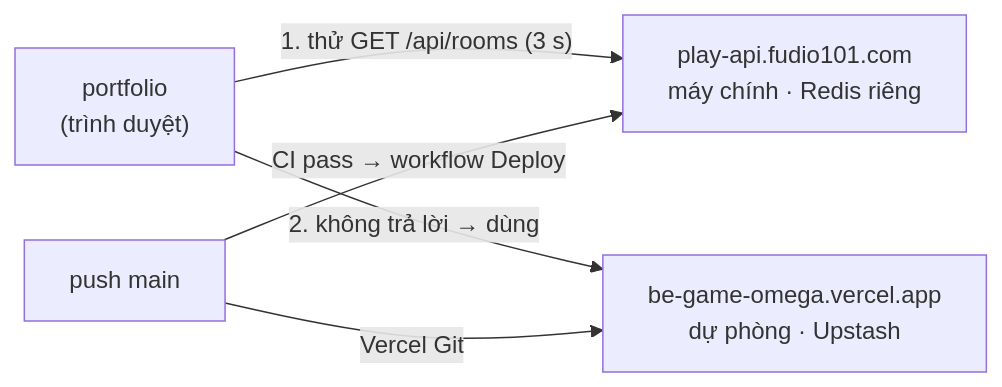
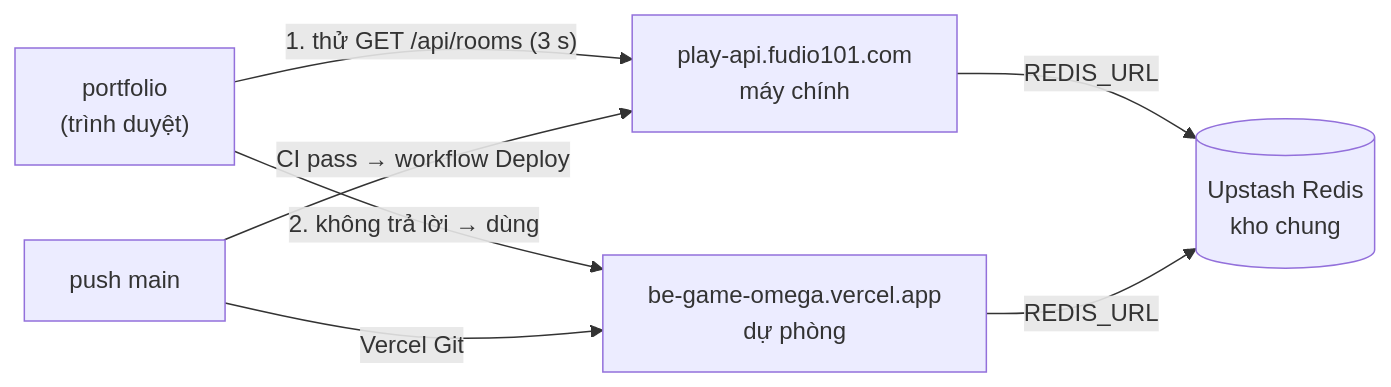
One commit to ThachHuynhIT/be_game changed the diagram in docs/DEPLOYMENT.md. Above: the diagram before and after it, drawn with Mermaid. The commit also changed other lines of this file and 5 other files, not shown here.

First line of the commit message:
feat(selfhost): REDIS_URL from .env to share the Upstash store; docs

````diff
--- a/docs/DEPLOYMENT.md
+++ b/docs/DEPLOYMENT.md
@@ -19,7 +19,9 @@
 ```mermaid
 flowchart LR
-  P["portfolio<br/>(trình duyệt)"] -- "1. thử GET /api/rooms (3 s)" --> M["play-api.fudio101.com<br/>máy chính · Redis riêng"]
-  P -- "2. không trả lời → dùng" --> V["be-game-omega.vercel.app<br/>dự phòng · Upstash"]
+  P["portfolio<br/>(trình duyệt)"] -- "1. thử GET /api/rooms (3 s)" --> M["play-api.fudio101.com<br/>máy chính"]
+  P -- "2. không trả lời → dùng" --> V["be-game-omega.vercel.app<br/>dự phòng"]
+  M -- "REDIS_URL" --> U[("Upstash Redis<br/>kho chung")]
+  V -- "REDIS_URL" --> U
   GH["push main"] -- "CI pass → workflow Deploy" --> M
   GH -- "Vercel Git" --> V
 ```
````
